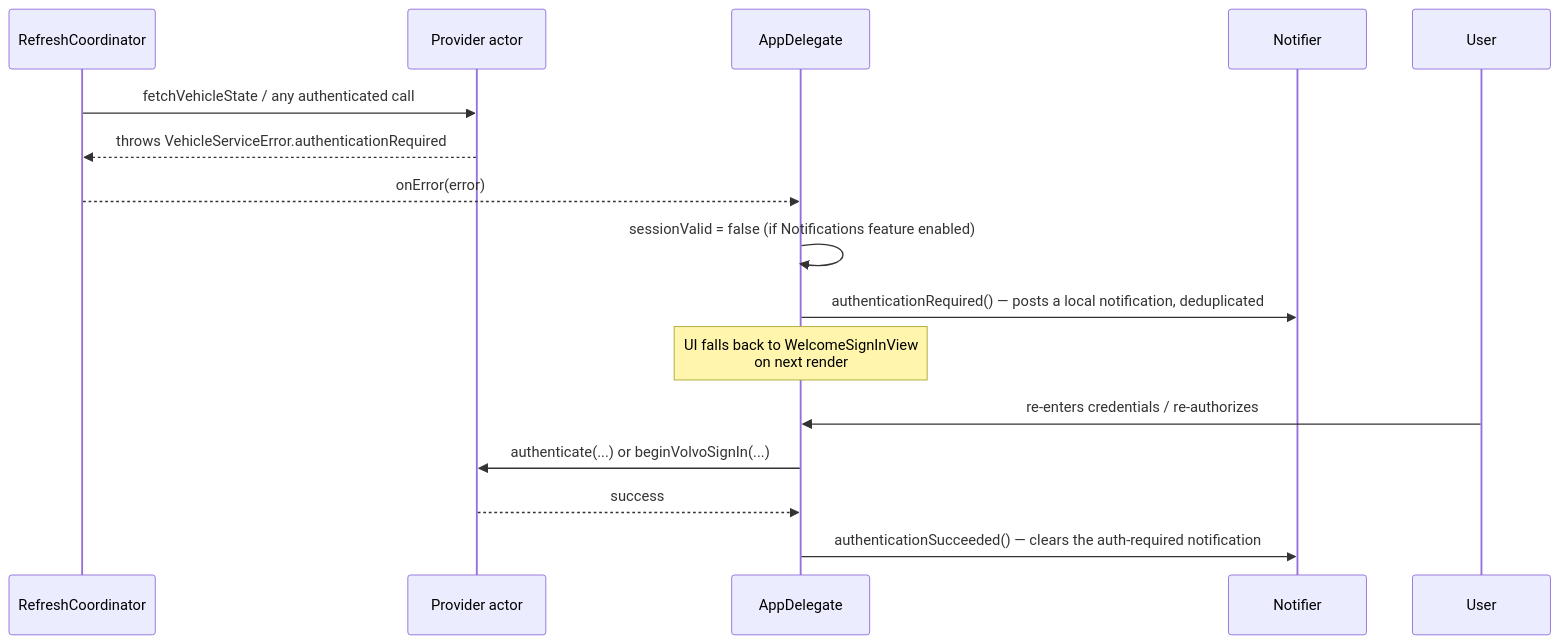
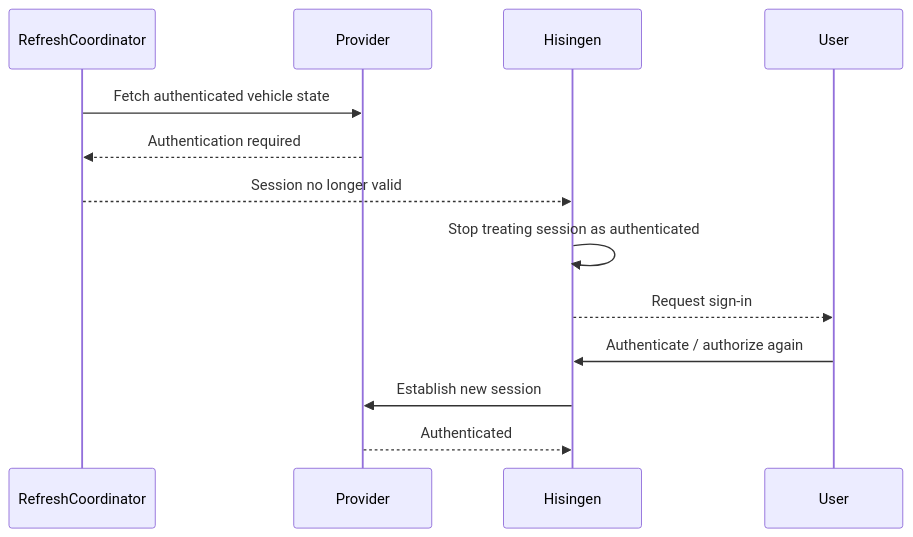
The fifth of 5 diagrams in docs/api/authentication.md (NicolasKheirallah/Hisingen), drawn with Mermaid before and after one commit. The commit also changed other lines of this file and 7 other files, not shown here.

````diff
--- a/docs/api/authentication.md
+++ b/docs/api/authentication.md
@@ -117,18 +482,16 @@
 ```mermaid
 sequenceDiagram
-    participant RC as RefreshCoordinator
-    participant API as Provider actor
-    participant AD as AppDelegate
-    participant Notif as Notifier
+    participant Refresh as RefreshCoordinator
+    participant Provider
+    participant App as Hisingen
+    participant User
 
-    RC->>API: fetchVehicleState / any authenticated call
-    API-->>RC: throws VehicleServiceError.authenticationRequired
-    RC-->>AD: onError(error)
-    AD->>AD: sessionValid = false (if Notifications feature enabled)
-    AD->>Notif: authenticationRequired() — posts a local notification, deduplicated
-    Note over AD: UI falls back to WelcomeSignInView<br/>on next render
-    User->>AD: re-enters credentials / re-authorizes
-    AD->>API: authenticate(...) or beginVolvoSignIn(...)
-    API-->>AD: success
-    AD->>Notif: authenticationSucceeded() — clears the auth-required notification
+    Refresh->>Provider: Fetch authenticated vehicle state
+    Provider-->>Refresh: Authentication required
+    Refresh-->>App: Session no longer valid
+    App->>App: Stop treating session as authenticated
+    App-->>User: Request sign-in
+    User->>App: Authenticate / authorize again
+    App->>Provider: Establish new session
+    Provider-->>App: Authenticated
 ```
````
